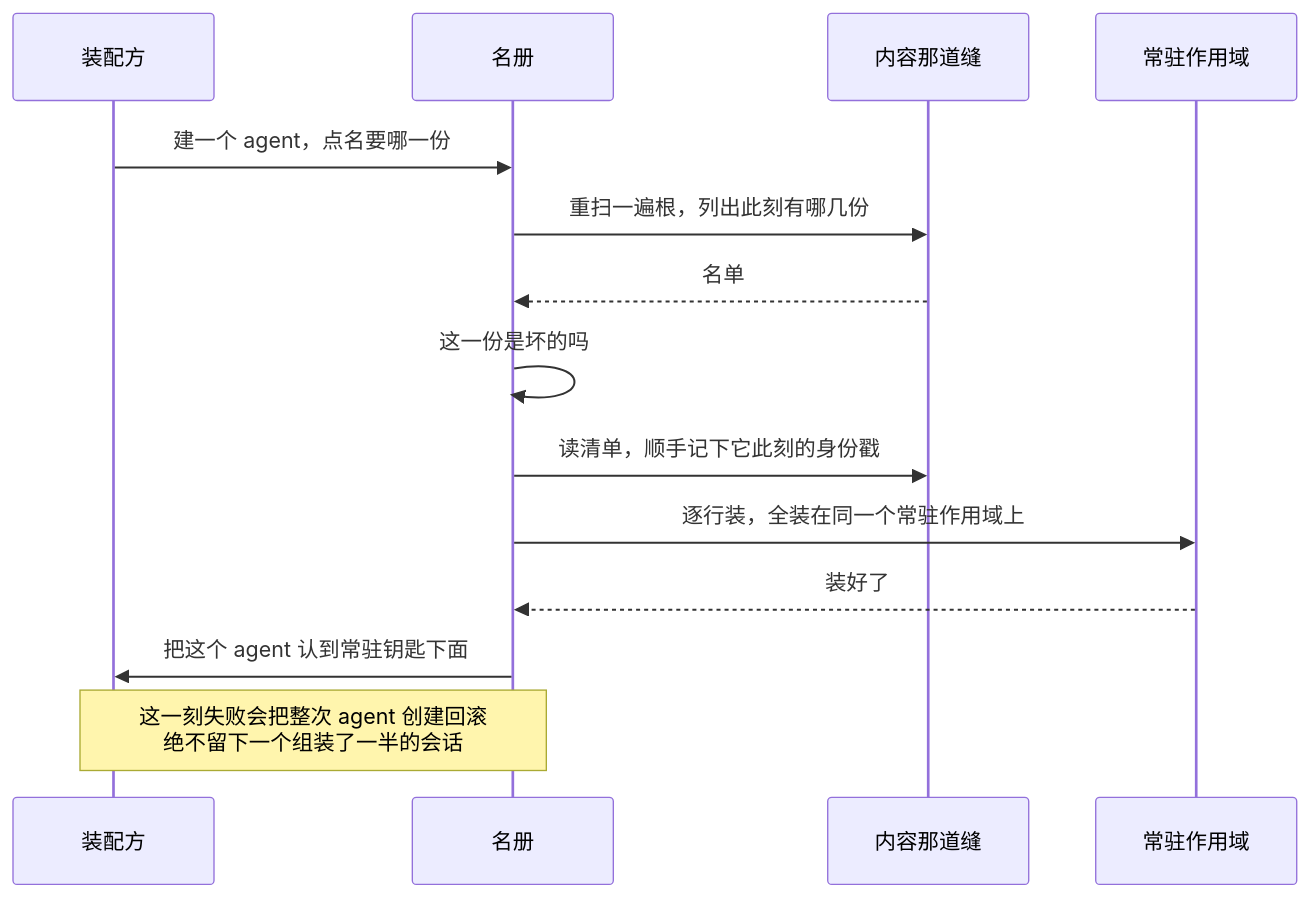
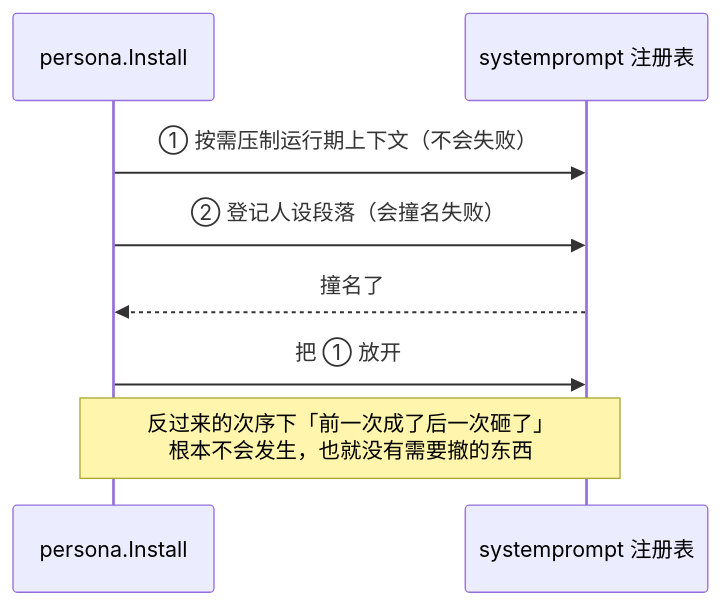
One commit to snight1983/ds-harness-go changed diagram 16 of 25 in docs/modules/presets.md. Above: the diagram before and after it, drawn with Mermaid. The commit also changed other lines of this file and 25 other files, not shown here.

````diff
--- a/docs/modules/presets.md
+++ b/docs/modules/presets.md
@@ -166,16 +293,10 @@
 ```mermaid
 sequenceDiagram
-    participant H as 装配方
-    participant R as 名册
-    participant F as 内容那道缝
-    participant S as 常驻作用域
-    H->>R: 建一个 agent，点名要哪一份
-    R->>F: 重扫一遍根，列出此刻有哪几份
-    F-->>R: 名单
-    R->>R: 这一份是坏的吗
-    R->>F: 读清单，顺手记下它此刻的身份戳
-    R->>S: 逐行装，全装在同一个常驻作用域上
-    S-->>R: 装好了
-    R->>H: 把这个 agent 认到常驻钥匙下面
-    Note over H,R: 这一刻失败会把整次 agent 创建回滚<br/>绝不留下一个组装了一半的会话
+    participant P as persona.Install
+    participant R as systemprompt 注册表
+    P->>R: ① 按需压制运行期上下文（不会失败）
+    P->>R: ② 登记人设段落（会撞名失败）
+    R-->>P: 撞名了
+    P->>R: 把 ① 放开
+    Note over P,R: 反过来的次序下「前一次成了后一次砸了」<br/>根本不会发生，也就没有需要撤的东西
 ```
````
